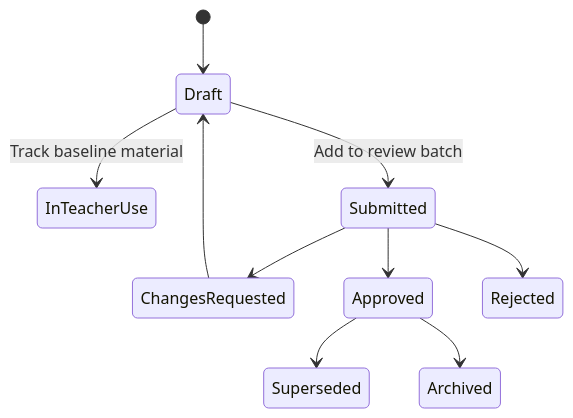
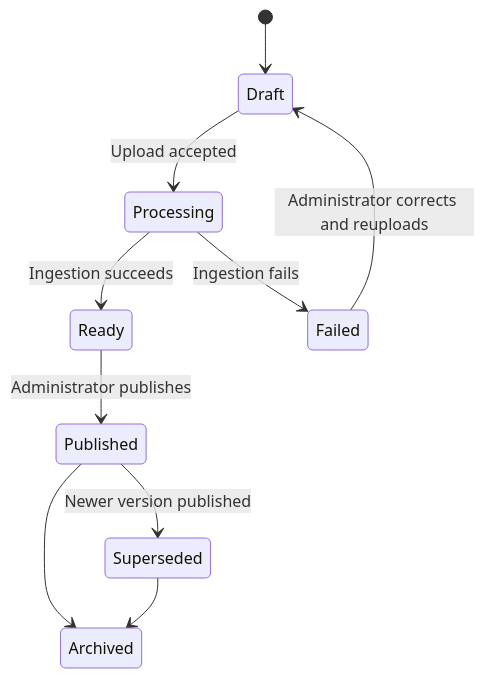
One commit to aushakanuj/education-platform changed the diagram in docs/design/04-material-lifecycle-and-ai-artifacts.md. Above: the diagram before and after it, drawn with Mermaid. The commit also changed other lines of this file and 12 other files, not shown here.

````diff
--- a/docs/design/04-material-lifecycle-and-ai-artifacts.md
+++ b/docs/design/04-material-lifecycle-and-ai-artifacts.md
@@ -94,12 +76,12 @@
 ```mermaid
 stateDiagram-v2
     [*] --> Draft
-    Draft --> InTeacherUse: Track baseline material
-    Draft --> Submitted: Add to review batch
-    Submitted --> ChangesRequested
-    ChangesRequested --> Draft
-    Submitted --> Approved
-    Submitted --> Rejected
-    Approved --> Superseded
-    Approved --> Archived
+    Draft --> Processing: Upload accepted
+    Processing --> Ready: Ingestion succeeds
+    Processing --> Failed: Ingestion fails
+    Failed --> Draft: Administrator corrects and reuploads
+    Ready --> Published: Administrator publishes
+    Published --> Superseded: Newer version published
+    Published --> Archived
+    Superseded --> Archived
 ```
````
